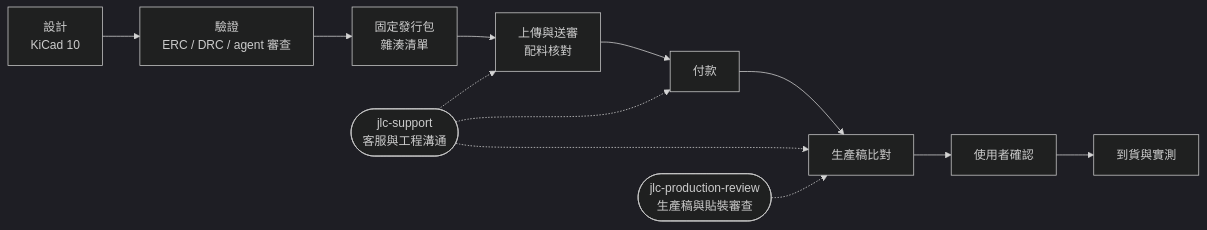
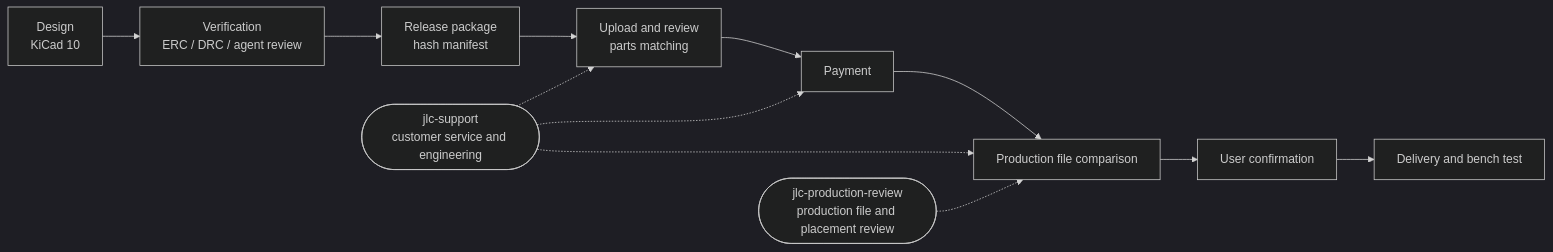
One commit to John-owo/pcb-agent-workflow changed the diagram in README.md. Above: the diagram before and after it, drawn with Mermaid (dark theme). The commit also changed other lines of this file, not shown here.

````diff
--- a/README.md
+++ b/README.md
@@ -33,14 +33,14 @@
 ```mermaid
 flowchart LR
-  A[設計<br/>KiCad 10] --> B[驗證<br/>ERC / DRC / agent 審查]
-  B --> C[固定發行包<br/>雜湊清單]
-  C --> D[上傳與送審<br/>配料核對]
-  D --> E[付款]
-  E --> F[生產稿比對]
-  F --> G[使用者確認]
-  G --> H[到貨與實測]
-  S([jlc-support<br/>客服與工程溝通]) -.-> D
+  A[Design<br/>KiCad 10] --> B[Verification<br/>ERC / DRC / agent review]
+  B --> C[Release package<br/>hash manifest]
+  C --> D[Upload and review<br/>parts matching]
+  D --> E[Payment]
+  E --> F[Production file comparison]
+  F --> G[User confirmation]
+  G --> H[Delivery and bench test]
+  S([jlc-support<br/>customer service and engineering]) -.-> D
   S -.-> E
   S -.-> F
-  R([jlc-production-review<br/>生產稿與貼裝審查]) -.-> F
+  R([jlc-production-review<br/>production file and placement review]) -.-> F
 ```
````
